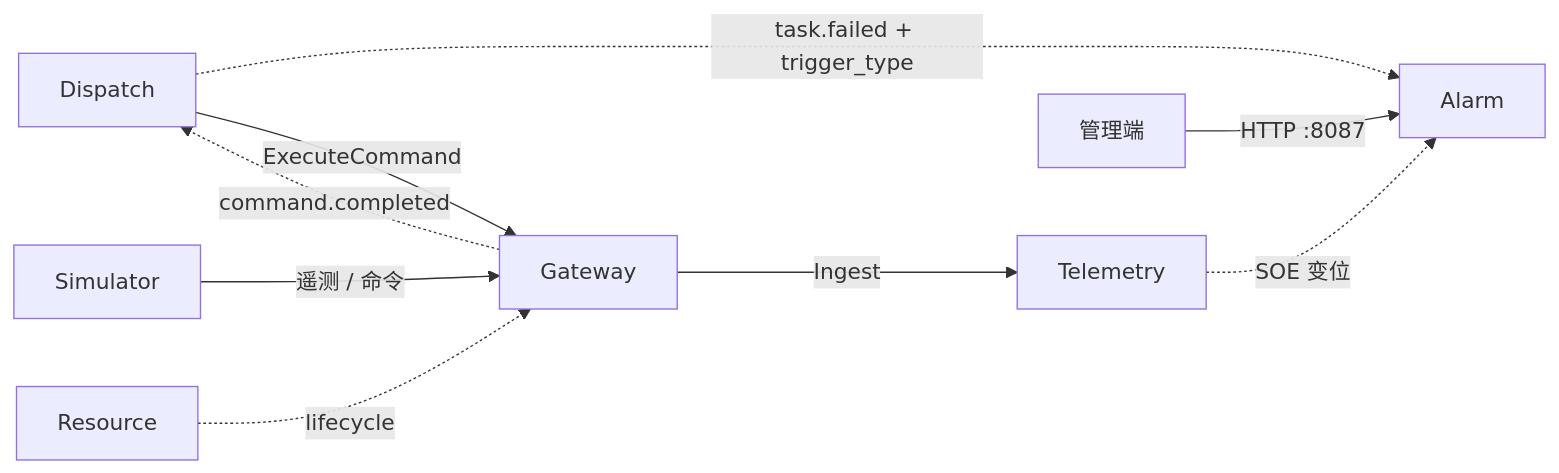
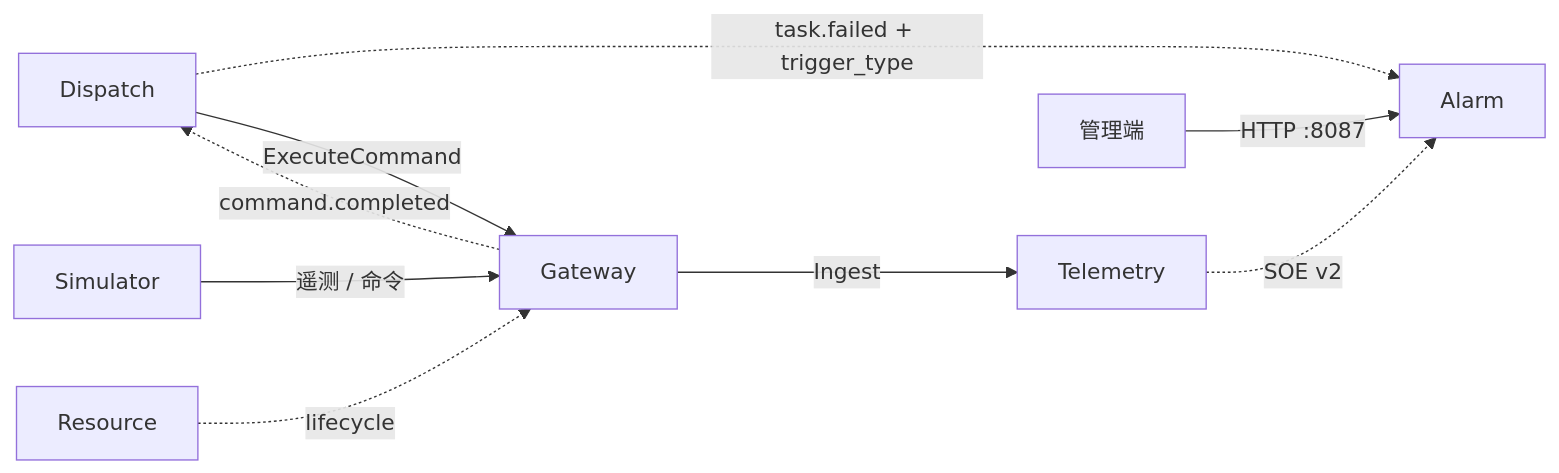
Before and after one commit to mushroomyuan/vpp-backend: the second of 2 diagrams in internal/alarm/OVERVIEW.md, drawn with Mermaid. The commit also changed other lines of this file and 110 other files, not shown here.

````diff
--- a/internal/alarm/OVERVIEW.md
+++ b/internal/alarm/OVERVIEW.md
@@ -100,15 +100,15 @@
 ```mermaid
 flowchart LR
     Dis[Dispatch] -.->|task.failed + trigger_type| Alarm
-    Tel[Telemetry] -.->|SOE 变位| Alarm
+    Tel[Telemetry] -.->|SOE v2| Alarm
     Admin[管理端] -->|HTTP :8087| Alarm
     GW[Gateway]
     Sim[Simulator]
     Res[Resource]
 
     Dis -->|ExecuteCommand| GW
     GW -.->|command.completed| Dis
     Sim -->|遥测 / 命令| GW
     GW -->|Ingest| Tel
     Res -.->|lifecycle| GW
 ```
````
